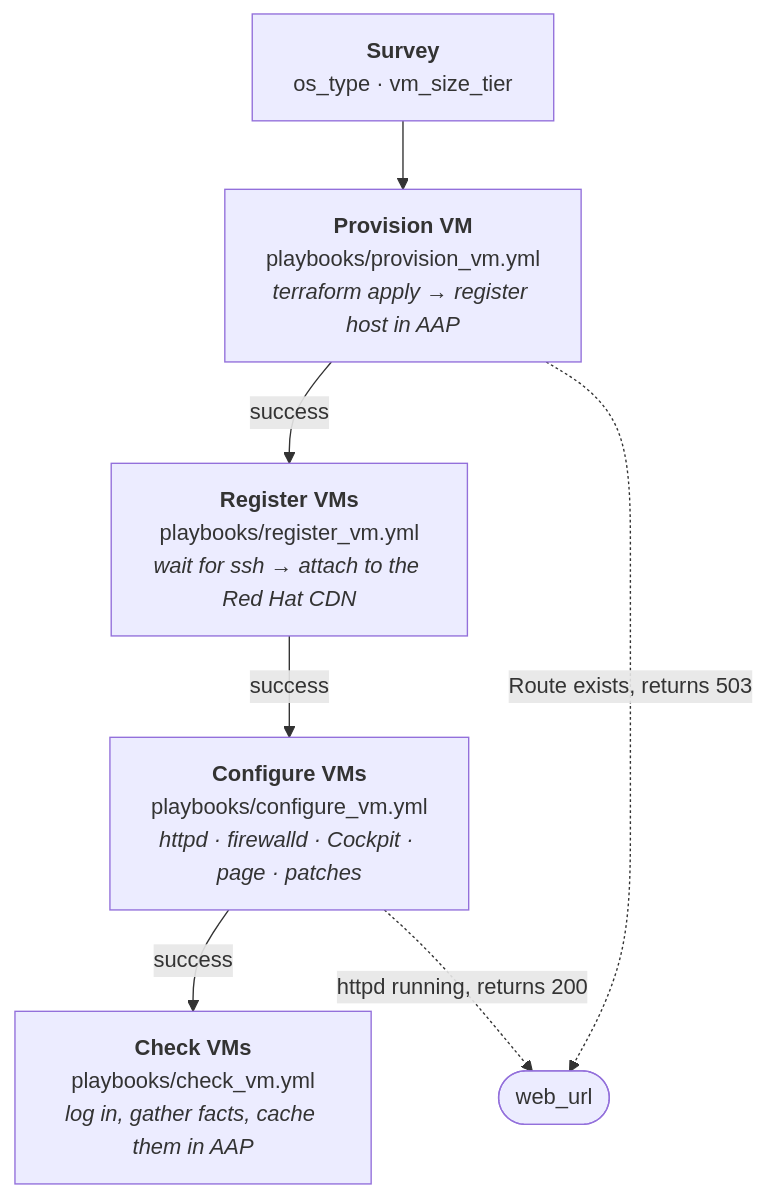
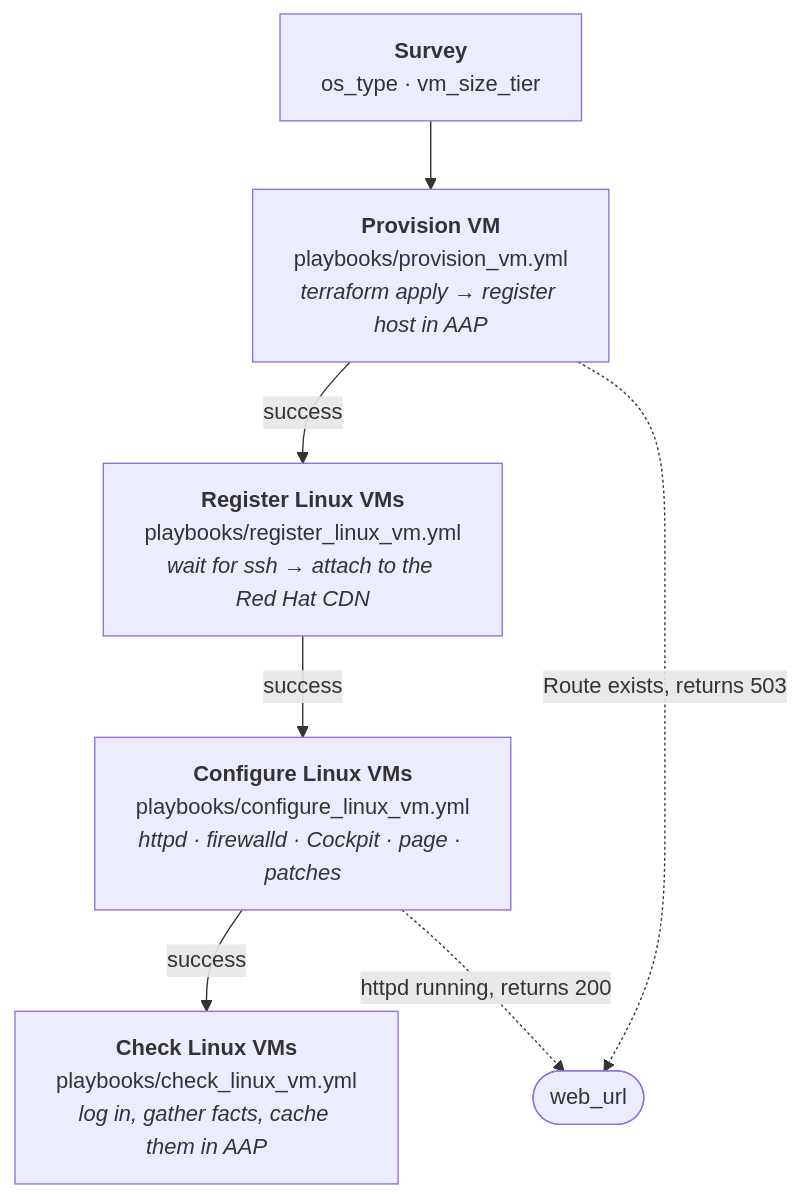
Before and after one commit to ericcames/sales.demos-docs: the diagram in docs/demos/openshift-virtualization/architecture.md, drawn with Mermaid. The commit also changed other lines of this file and 27 other files, not shown here.

````diff
--- a/docs/demos/openshift-virtualization/architecture.md
+++ b/docs/demos/openshift-virtualization/architecture.md
@@ -17,16 +17,16 @@
 ```mermaid
 flowchart TD
     S["<b>Survey</b><br/>os_type · vm_size_tier"] --> P
 
     P["<b>Provision VM</b><br/>playbooks/provision_vm.yml<br/><i>terraform apply → register host in AAP</i>"]
-    R["<b>Register VMs</b><br/>playbooks/register_vm.yml<br/><i>wait for ssh → attach to the Red Hat CDN</i>"]
-    C["<b>Configure VMs</b><br/>playbooks/configure_vm.yml<br/><i>httpd · firewalld · Cockpit · page · patches</i>"]
-    K["<b>Check VMs</b><br/>playbooks/check_vm.yml<br/><i>log in, gather facts, cache them in AAP</i>"]
+    R["<b>Register Linux VMs</b><br/>playbooks/register_linux_vm.yml<br/><i>wait for ssh → attach to the Red Hat CDN</i>"]
+    C["<b>Configure Linux VMs</b><br/>playbooks/configure_linux_vm.yml<br/><i>httpd · firewalld · Cockpit · page · patches</i>"]
+    K["<b>Check Linux VMs</b><br/>playbooks/check_linux_vm.yml<br/><i>log in, gather facts, cache them in AAP</i>"]
 
     P -->|success| R
     R -->|success| C
     C -->|success| K
 
     P -.->|"Route exists, returns 503"| W(["web_url"])
     C -.->|"httpd running, returns 200"| W
 ```
````
